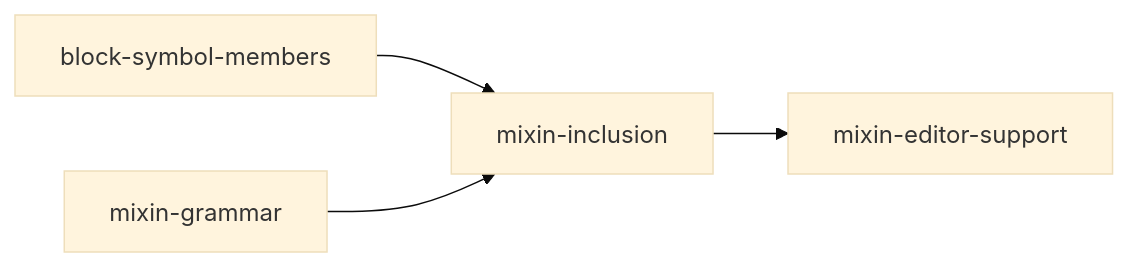
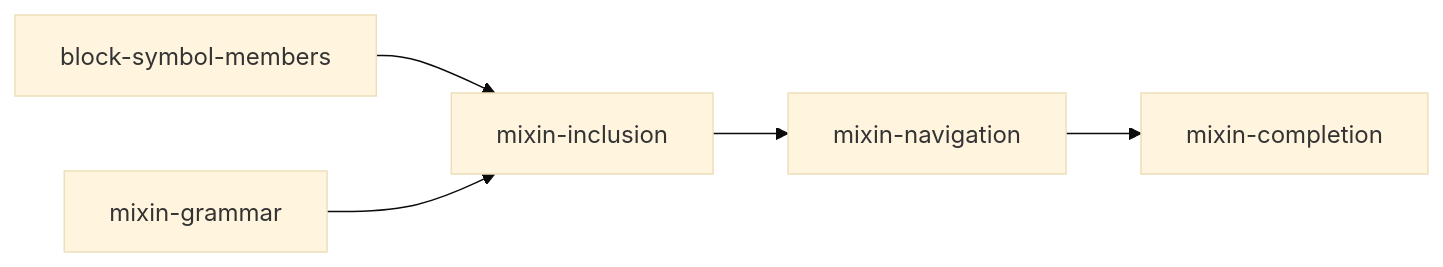
The diagram in projects/psl-mixins/plan.md (prisma/prisma), drawn with Mermaid (base theme) before and after one commit. The commit also changed other lines of this file and 5 other files, not shown here.

First line of the commit message:
Add the mixin-navigation slice artifacts

````diff
--- a/projects/psl-mixins/plan.md
+++ b/projects/psl-mixins/plan.md
@@ -10,6 +10,7 @@
 ```mermaid
 flowchart LR
   A[block-symbol-members] --> C[mixin-inclusion]
   B[mixin-grammar] --> C
-  C --> D[mixin-editor-support]
+  C --> D[mixin-navigation]
+  D --> E[mixin-completion]
 ```
````
